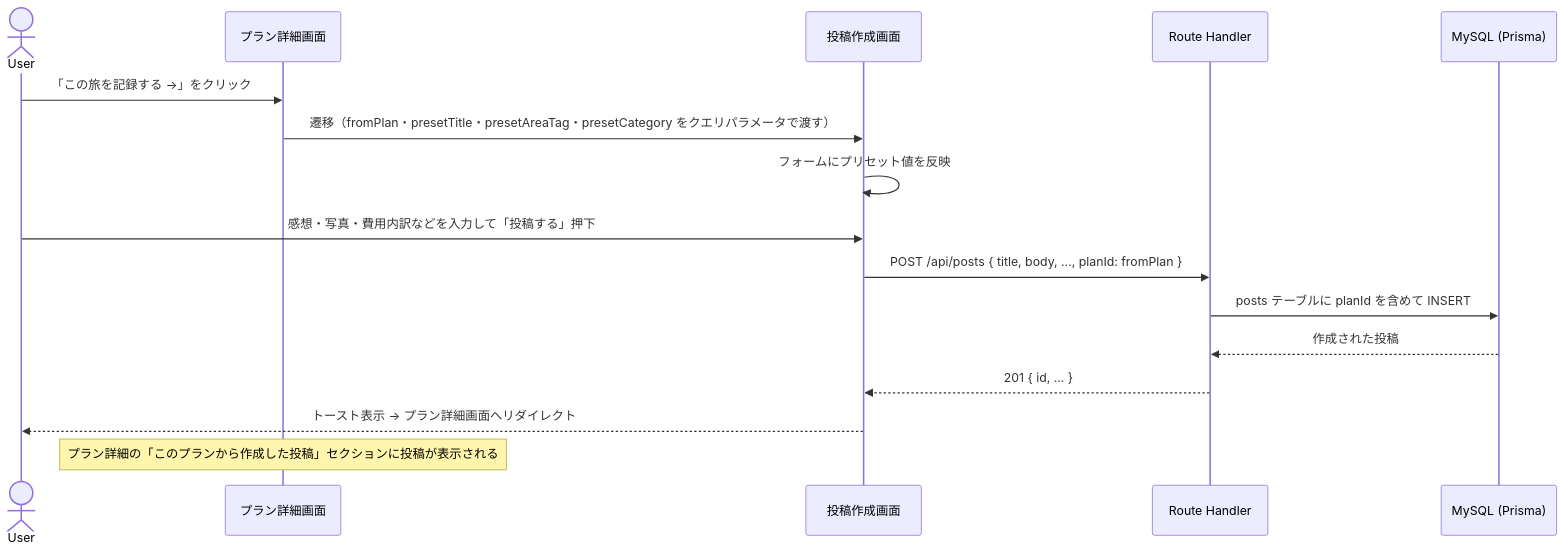
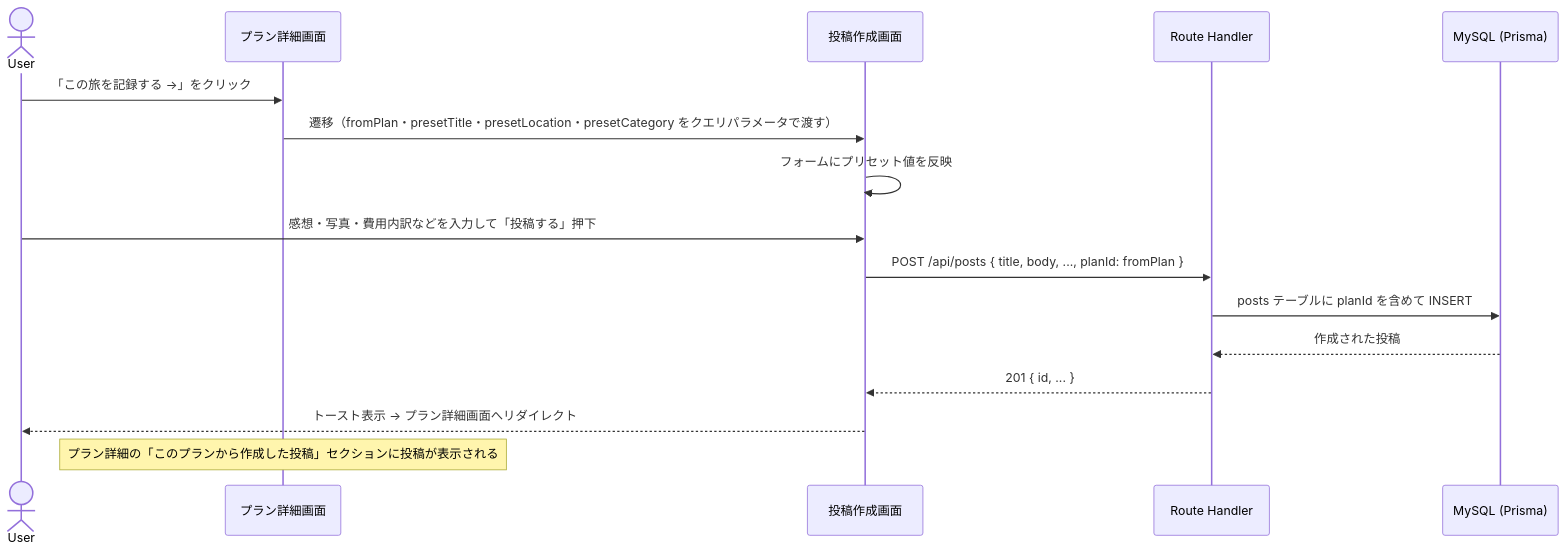
Before and after one commit to saki-nakata/TripDiary: the ninth of 10 diagrams in docs/シーケンス図.md, drawn with Mermaid. The commit also changed other lines of this file and 66 other files, not shown here.

````diff
--- a/docs/シーケンス図.md
+++ b/docs/シーケンス図.md
@@ -255,19 +257,19 @@
 ```mermaid
 sequenceDiagram
     actor User
     participant PlanDetail as プラン詳細画面
     participant PostNew as 投稿作成画面
     participant API as Route Handler
     participant DB as MySQL (Prisma)
 
     User->>PlanDetail: 「この旅を記録する →」をクリック
-    PlanDetail->>PostNew: 遷移（fromPlan・presetTitle・presetAreaTag・presetCategory をクエリパラメータで渡す）
+    PlanDetail->>PostNew: 遷移（fromPlan・presetTitle・presetLocation・presetCategory をクエリパラメータで渡す）
     PostNew->>PostNew: フォームにプリセット値を反映
     User->>PostNew: 感想・写真・費用内訳などを入力して「投稿する」押下
     PostNew->>API: POST /api/posts { title, body, ..., planId: fromPlan }
     API->>DB: posts テーブルに planId を含めて INSERT
     DB-->>API: 作成された投稿
     API-->>PostNew: 201 { id, ... }
     PostNew-->>User: トースト表示 → プラン詳細画面へリダイレクト
     Note over PlanDetail: プラン詳細の「このプランから作成した投稿」セクションに投稿が表示される
 ```
````
